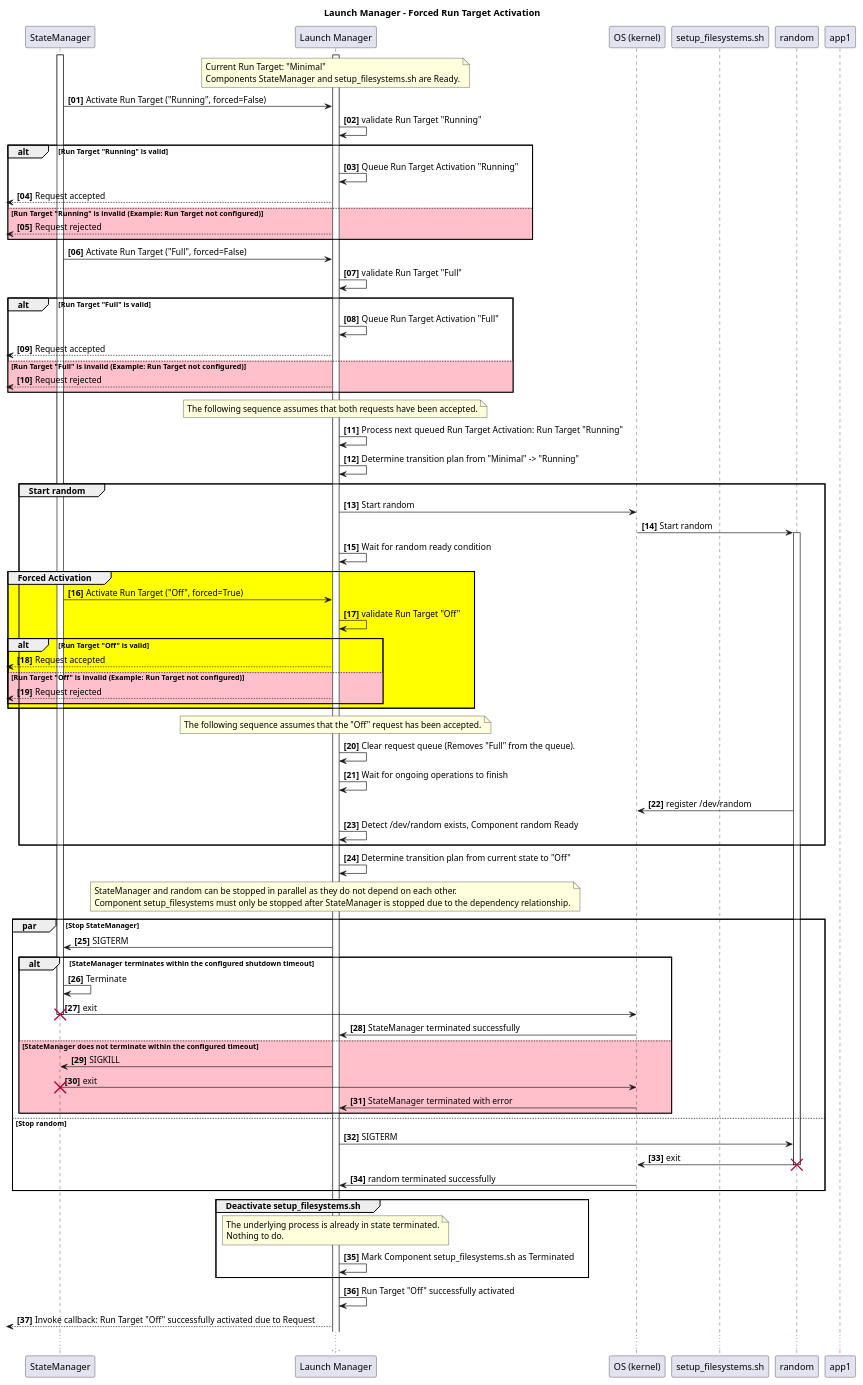
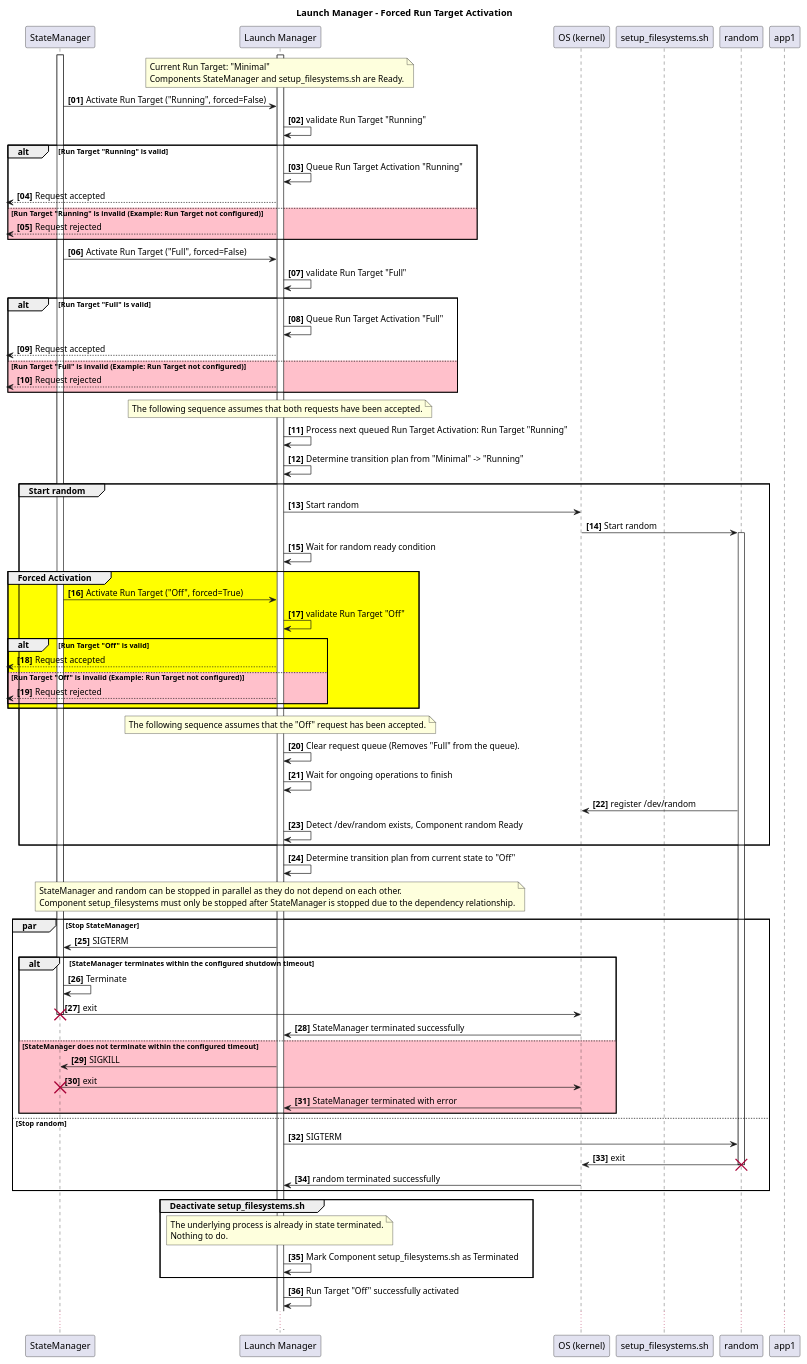
One commit to eclipse-score/lifecycle changed the diagram in docs/features/lifecycle/architecture/_assets/control_interface_forced_activation.puml. Above: the diagram before and after it, drawn with PlantUML. The commit also changed 7 other files, not shown here.

```diff
--- a/docs/features/lifecycle/architecture/_assets/control_interface_forced_activation.puml
+++ b/docs/features/lifecycle/architecture/_assets/control_interface_forced_activation.puml
@@ -14,111 +14,110 @@
 @startuml
 title Launch Manager - Forced Run Target Activation
 
 autonumber "<b>[00]"
 
 participant "StateManager" as sm
 participant "Launch Manager" as LM
 participant "OS (kernel)" as kernel
 participant "setup_filesystems.sh" as fs
 participant "random" as ran
 participant "app1" as app1
 
 activate LM
 activate sm
 
 note over LM
 Current Run Target: "Minimal"
 Components StateManager and setup_filesystems.sh are Ready.
 end note
 
 sm -> LM : Activate Run Target ("Running", forced=False)
 LM -> LM: validate Run Target "Running"
 alt #White Run Target "Running" is valid
     LM -> LM: Queue Run Target Activation "Running"
     [<-- LM: Request accepted
 else #Pink Run Target "Running" is invalid (Example: Run Target not configured)
     [<-- LM: Request rejected
 end alt
 
 sm -> LM : Activate Run Target ("Full", forced=False)
 LM -> LM: validate Run Target "Full"
 alt #White Run Target "Full" is valid
     LM -> LM: Queue Run Target Activation "Full"
     [<-- LM: Request accepted
 else #Pink Run Target "Full" is invalid (Example: Run Target not configured)
     [<-- LM: Request rejected
 end alt
 
 note over LM
 The following sequence assumes that both requests have been accepted.
 end note
 
 LM -> LM: Process next queued Run Target Activation: Run Target "Running"
 LM -> LM: Determine transition plan from "Minimal" -> "Running"
 
 group #White Start random
     LM -> kernel : Start random
     kernel -> ran ++ : Start random
     LM -> LM : Wait for random ready condition
 
     group #Yellow Forced Activation
         sm -> LM : Activate Run Target ("Off", forced=True)
         LM -> LM: validate Run Target "Off"
         alt  Run Target "Off" is valid
             [<-- LM: Request accepted
         else #Pink Run Target "Off" is invalid (Example: Run Target not configured)
             [<-- LM: Request rejected
         end alt
     end group
 
     note over LM
     The following sequence assumes that the "Off" request has been accepted.
     end note
 
     LM -> LM : Clear request queue (Removes "Full" from the queue).
     LM -> LM : Wait for ongoing operations to finish
 
     ran -> kernel : register /dev/random
     LM -> LM : Detect /dev/random exists, Component random Ready
 end group
 
 LM -> LM : Determine transition plan from current state to "Off"
 
 note over LM
 StateManager and random can be stopped in parallel as they do not depend on each other.
 Component setup_filesystems must only be stopped after StateManager is stopped due to the dependency relationship.
 end note
 
 par Stop StateManager
     LM -> sm : SIGTERM
     alt StateManager terminates within the configured shutdown timeout
         sm -> sm : Terminate
         sm -> kernel : exit
         destroy sm
         kernel -> LM : StateManager terminated successfully
     else #pink StateManager does not terminate within the configured timeout
         LM -> sm : SIGKILL
         sm -> kernel : exit
         destroy sm
         kernel -> LM : StateManager terminated with error
     end alt
 else Stop random
     LM -> ran : SIGTERM
     ran -> kernel : exit
     destroy ran
     kernel -> LM : random terminated successfully
 end par
 
 group #White Deactivate setup_filesystems.sh
     note over LM
         The underlying process is already in state terminated.
         Nothing to do.
     end note
     LM -> LM : Mark Component setup_filesystems.sh as Terminated
 end group
 
 LM -> LM: Run Target "Off" successfully activated
-[<-- LM: Invoke callback: Run Target "Off" successfully activated due to Request
 
 ...
 @enduml
```
